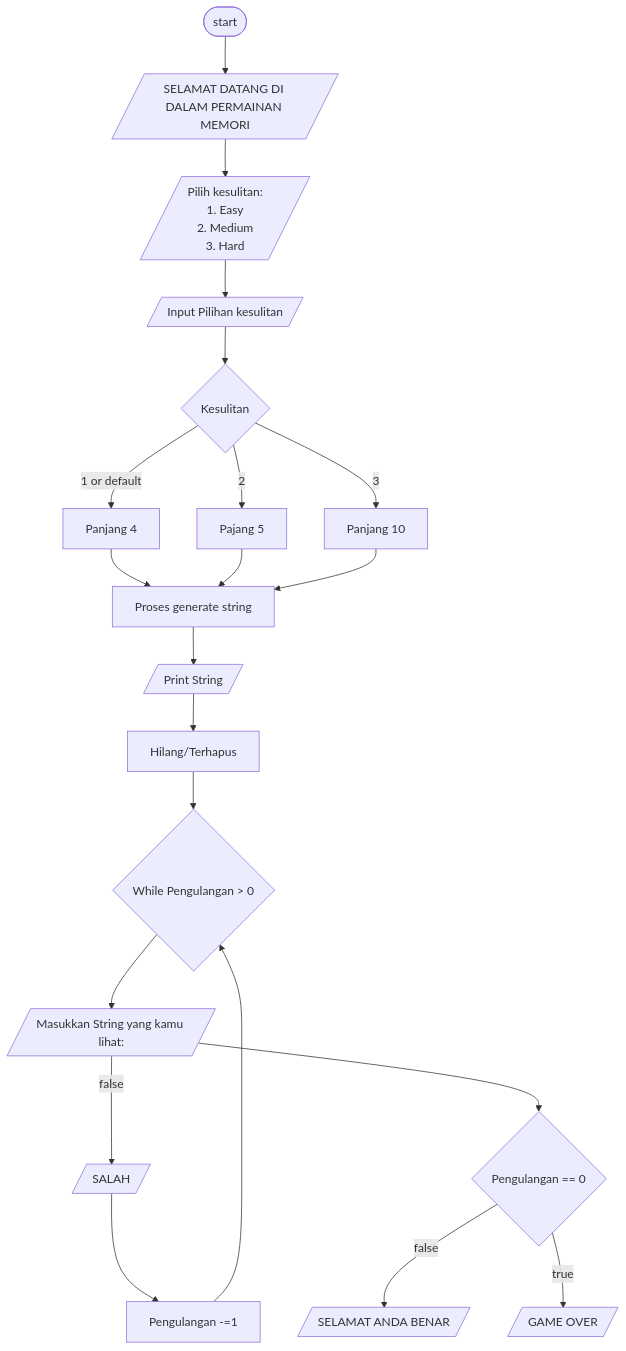
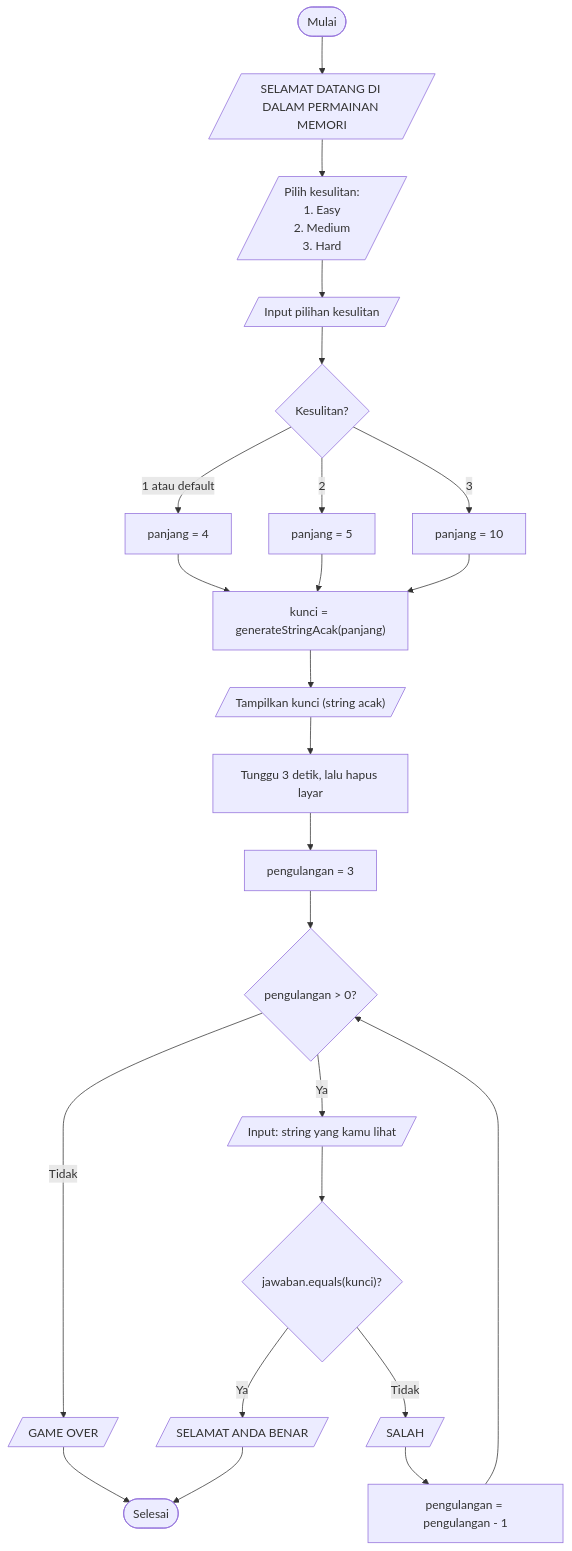
The third of 3 diagrams in flow_control.md (Athsqib/Memory-Game---Java), drawn with Mermaid before and after one commit.

Commit message:
Perbaikan flowchart minigame

````diff
--- a/flow_control.md
+++ b/flow_control.md
@@ -61,22 +61,26 @@
 ```mermaid
 flowchart TD
-    A([start]) --> B[/SELAMAT DATANG DI DALAM PERMAINAN MEMORI/]
-    B --> C[/Pilih kesulitan: \n1. Easy\n2. Medium\n3. Hard/]
-    C --> D[/Input Pilihan kesulitan/]
-    D --> E{Kesulitan}
-    E -- 1 or default --> F[Panjang 4]
-    E -- 2 --> G[Pajang 5]
-    E -- 3 --> H[Panjang 10]
-    F --> I[Proses generate string]
-    I --> N[/Print String/]
-    N --> O[Hilang/Terhapus]
+    A([Mulai]) --> B[/"SELAMAT DATANG DI DALAM PERMAINAN MEMORI"/]
+    B --> C[/"Pilih kesulitan:<br/>1. Easy<br/>2. Medium<br/>3. Hard"/]
+    C --> D[/Input pilihan kesulitan/]
+    D --> E{Kesulitan?}
+    E -->|1 atau default| F["panjang = 4"]
+    E -->|2| G["panjang = 5"]
+    E -->|3| H["panjang = 10"]
+    F --> I["kunci = generateStringAcak(panjang)"]
     G --> I
     H --> I
-    O --> J{While Pengulangan > 0}
-    J --> K[/Masukkan String yang kamu lihat: /]
-    K -- false --> P[/SALAH/] --> R[Pengulangan -=1]
-    R --> J
-    K --> L{Pengulangan == 0}
-    L -- false --> M[/SELAMAT ANDA BENAR/]
-    L -- true --> Q[/GAME OVER/]
+    I --> J[/"Tampilkan kunci (string acak)"/]
+    J --> K["Tunggu 3 detik, lalu hapus layar"]
+    K --> L["pengulangan = 3"]
+    L --> M{"pengulangan > 0?"}
+    M -->|Tidak| Q[/"GAME OVER"/]
+    M -->|Ya| N[/"Input: string yang kamu lihat"/]
+    N --> O{"jawaban.equals(kunci)?"}
+    O -->|Ya| P[/"SELAMAT ANDA BENAR"/]
+    O -->|Tidak| S[/"SALAH"/]
+    S --> T["pengulangan = pengulangan - 1"]
+    T --> M
+    P --> Z([Selesai])
+    Q --> Z
 ```
````
